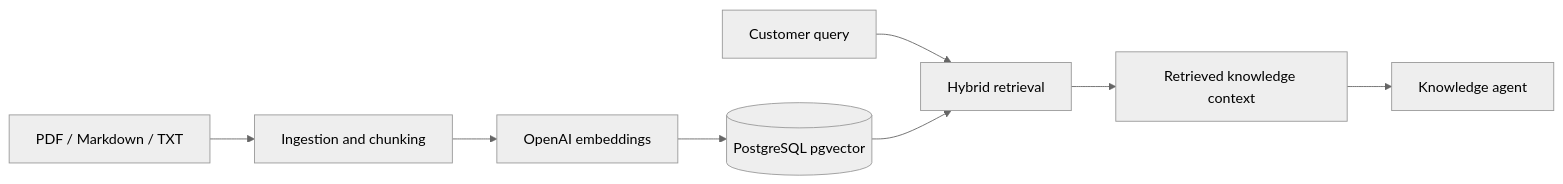
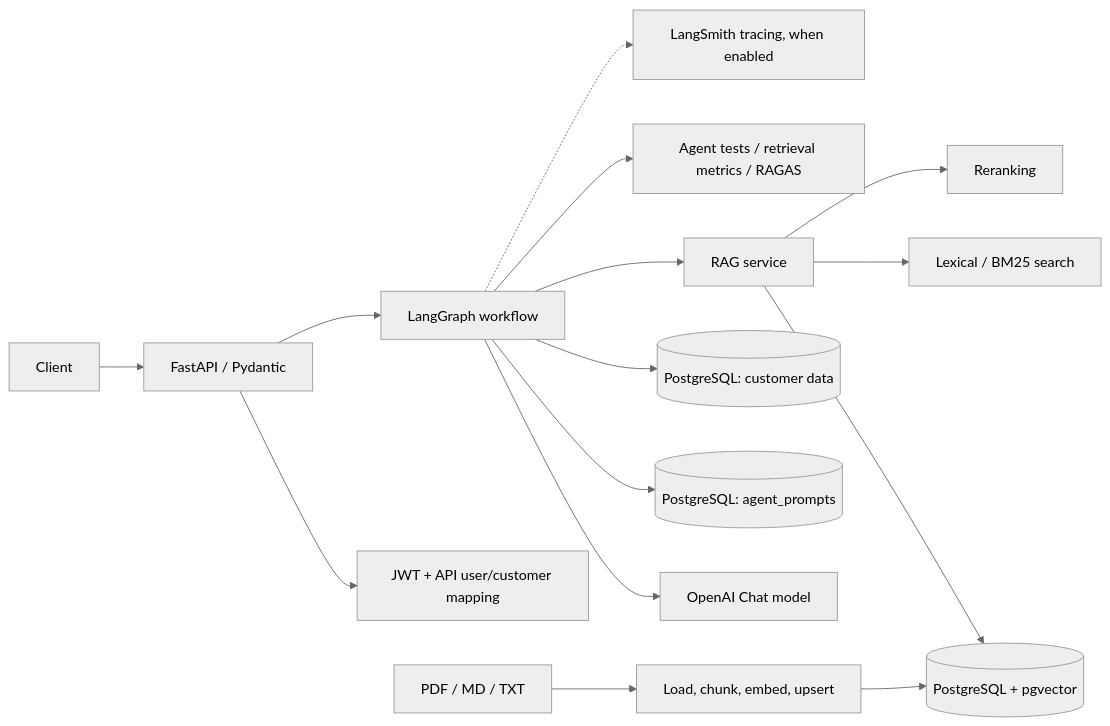
The second of 2 diagrams in README.md (jitendra610/Investment-Financial-Advisor), drawn with Mermaid (neutral theme) before and after one commit. The commit also changed other lines of this file and 19 other files, not shown here.

````diff
--- a/README.md
+++ b/README.md
@@ -54,10 +41,17 @@
 ```mermaid
 flowchart LR
-    D[PDF / Markdown / TXT] --> I[Ingestion and chunking]
-    I --> E[OpenAI embeddings]
-    E --> V[(PostgreSQL pgvector)]
-    Q[Customer query] --> H[Hybrid retrieval]
-    V --> H
-    H --> K[Retrieved knowledge context]
-    K --> A[Knowledge agent]
+    CLIENT[Client] --> API[FastAPI / Pydantic]
+    API --> JWT[JWT + API user/customer mapping]
+    API --> GRAPH[LangGraph workflow]
+    GRAPH --> LLM[OpenAI Chat model]
+    GRAPH --> PROMPT[(PostgreSQL: agent_prompts)]
+    GRAPH --> CUSTOMER[(PostgreSQL: customer data)]
+    GRAPH --> RAG[RAG service]
+    DOCS[PDF / MD / TXT] --> INGEST[Load, chunk, embed, upsert]
+    INGEST --> VECTOR[(PostgreSQL + pgvector)]
+    RAG --> VECTOR
+    RAG --> BM25[Lexical / BM25 search]
+    RAG --> RERANK[Reranking]
+    GRAPH --> EVAL[Agent tests / retrieval metrics / RAGAS]
+    GRAPH -.-> TRACE[LangSmith tracing, when enabled]
 ```
````
